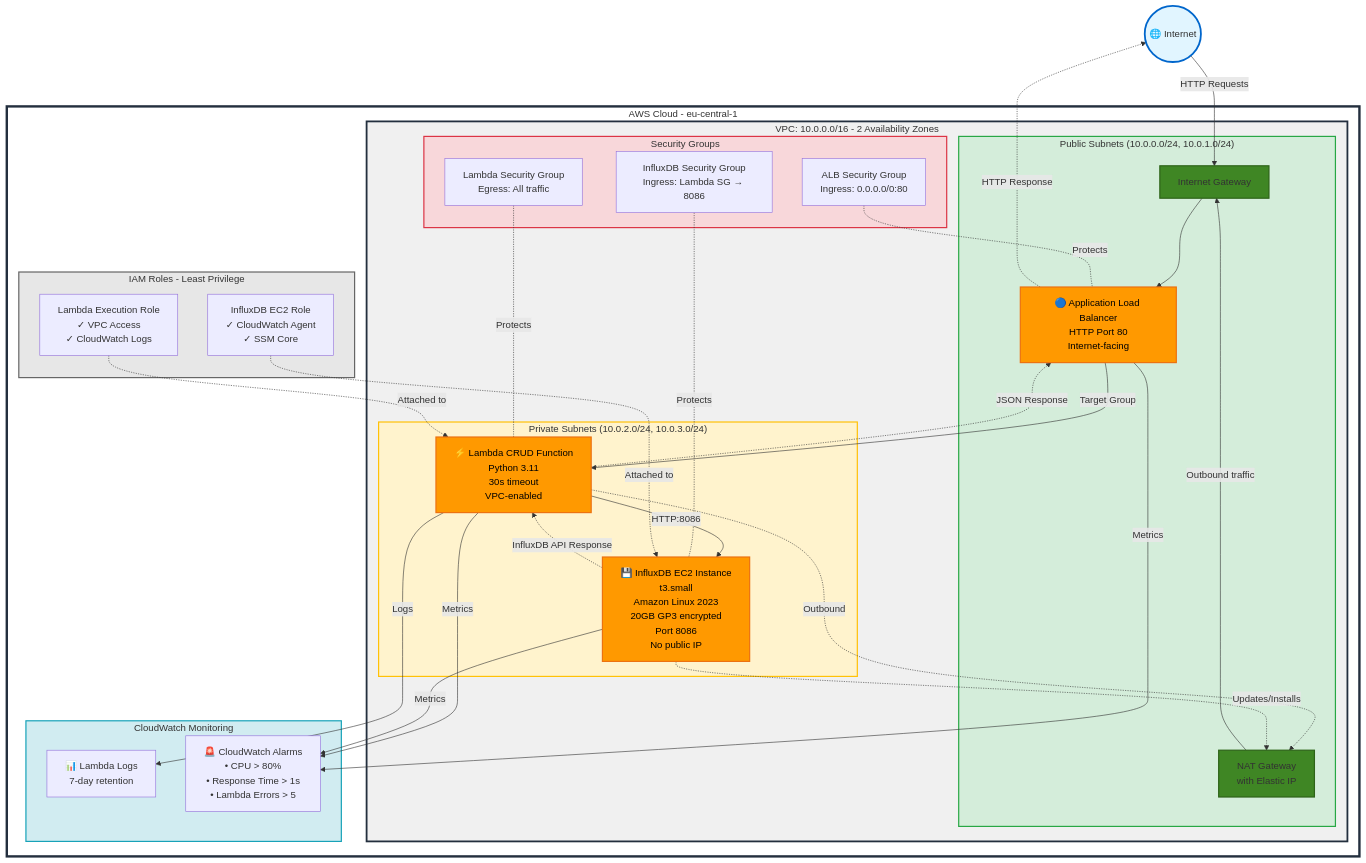
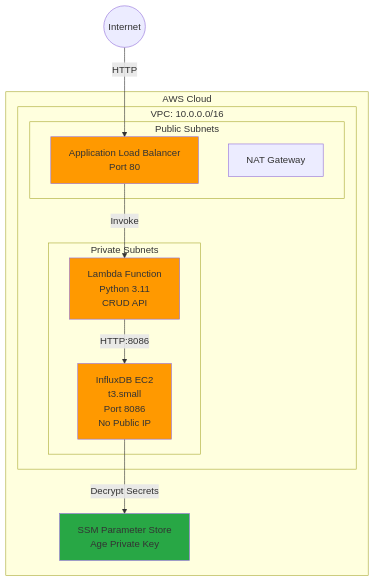
Before and after one commit to glamprinakis/SMPNetAssignment-: the diagram in README.md, drawn with Mermaid. The commit also changed other lines of this file and 29 other files, not shown here.

````diff
--- a/README.md
+++ b/README.md
@@ -145,81 +7,30 @@
 ```mermaid
 graph TB
-    Internet((🌐 Internet))
+    Internet((Internet))
     
-    subgraph AWS["AWS Cloud - eu-central-1"]
-        subgraph VPC["VPC: 10.0.0.0/16 - 2 Availability Zones"]
-            
-            subgraph PublicSubnets["Public Subnets (10.0.0.0/24, 10.0.1.0/24)"]
-                IGW[Internet Gateway]
-                ALB["🔵 Application Load Balancer<br/>HTTP Port 80<br/>Internet-facing"]
-                NAT[NAT Gateway<br/>with Elastic IP]
+    subgraph AWS["AWS Cloud"]
+        subgraph VPC["VPC: 10.0.0.0/16"]
+            subgraph Public["Public Subnets"]
+                ALB["Application Load Balancer<br/>Port 80"]
+                NAT["NAT Gateway"]
             end
             
-            subgraph PrivateSubnets["Private Subnets (10.0.2.0/24, 10.0.3.0/24)"]
-                Lambda["⚡ Lambda CRUD Function<br/>Python 3.11<br/>30s timeout<br/>VPC-enabled"]
-                EC2["💾 InfluxDB EC2 Instance<br/>t3.small<br/>Amazon Linux 2023<br/>20GB GP3 encrypted<br/>Port 8086<br/>No public IP"]
+            subgraph Private["Private Subnets"]
+                Lambda["Lambda Function<br/>Python 3.11<br/>CRUD API"]
+                InfluxDB["InfluxDB EC2<br/>t3.small<br/>Port 8086<br/>No Public IP"]
             end
-            
-            subgraph SecurityLayer["Security Groups"]
-                ALBSG["ALB Security Group<br/>Ingress: 0.0.0.0/0:80"]
-                LambdaSG["Lambda Security Group<br/>Egress: All traffic"]
-                EC2SG["InfluxDB Security Group<br/>Ingress: Lambda SG → 8086"]
-            end
-            
         end
         
-        subgraph IAM["IAM Roles - Least Privilege"]
-            EC2Role["InfluxDB EC2 Role<br/>✓ CloudWatch Agent<br/>✓ SSM Core"]
-            LambdaRole["Lambda Execution Role<br/>✓ VPC Access<br/>✓ CloudWatch Logs"]
-        end
-        
-        subgraph Monitoring["CloudWatch Monitoring"]
-            Logs["📊 Lambda Logs<br/>7-day retention"]
-            Alarms["🚨 CloudWatch Alarms<br/>• CPU > 80%<br/>• Response Time > 1s<br/>• Lambda Errors > 5"]
-        end
+        SSM["SSM Parameter Store<br/>Age Private Key"]
     end
     
-    %% Data Flow
-    Internet -->|HTTP Requests| IGW
-    IGW --> ALB
-    ALB -->|Target Group| Lambda
-    Lambda -->|HTTP:8086| EC2
-    EC2 -.->|InfluxDB API Response| Lambda
-    Lambda -.->|JSON Response| ALB
-    ALB -.->|HTTP Response| Internet
+    Internet -->|HTTP| ALB
+    ALB -->|Invoke| Lambda
+    Lambda -->|HTTP:8086| InfluxDB
+    InfluxDB -->|Decrypt Secrets| SSM
     
-    %% Outbound Internet
-    Lambda -.->|Outbound| NAT
-    EC2 -.->|Updates/Installs| NAT
-    NAT -->|Outbound traffic| IGW
-    
-    %% Security Group Relationships
-    ALBSG -.-|Protects| ALB
-    LambdaSG -.-|Protects| Lambda
-    EC2SG -.-|Protects| EC2
-    
-    %% IAM Relationships
-    EC2Role -.->|Attached to| EC2
-    LambdaRole -.->|Attached to| Lambda
-    
-    %% Monitoring Relationships
-    Lambda -->|Logs| Logs
-    Lambda -->|Metrics| Alarms
-    EC2 -->|Metrics| Alarms
-    ALB -->|Metrics| Alarms
-    
-    %% Styling
-    style Internet fill:#e1f5ff,stroke:#0066cc,stroke-width:3px
-    style ALB fill:#ff9900,stroke:#ec7211,stroke-width:2px,color:#000
-    style Lambda fill:#ff9900,stroke:#ec7211,stroke-width:2px,color:#000
-    style EC2 fill:#ff9900,stroke:#ec7211,stroke-width:2px,color:#000
-    style NAT fill:#3f8624,stroke:#2d6318,stroke-width:2px
-    style IGW fill:#3f8624,stroke:#2d6318,stroke-width:2px
-    style VPC fill:#f0f0f0,stroke:#232f3e,stroke-width:3px
-    style PublicSubnets fill:#d4edda,stroke:#28a745,stroke-width:2px
-    style PrivateSubnets fill:#fff3cd,stroke:#ffc107,stroke-width:2px
-    style SecurityLayer fill:#f8d7da,stroke:#dc3545,stroke-width:2px
-    style IAM fill:#e7e7e7,stroke:#666,stroke-width:2px
-    style Monitoring fill:#d1ecf1,stroke:#17a2b8,stroke-width:2px
-    style AWS fill:#fff,stroke:#232f3e,stroke-width:4px
+    style ALB fill:#ff9900
+    style Lambda fill:#ff9900
+    style InfluxDB fill:#ff9900
+    style SSM fill:#28a745
 ```
````
